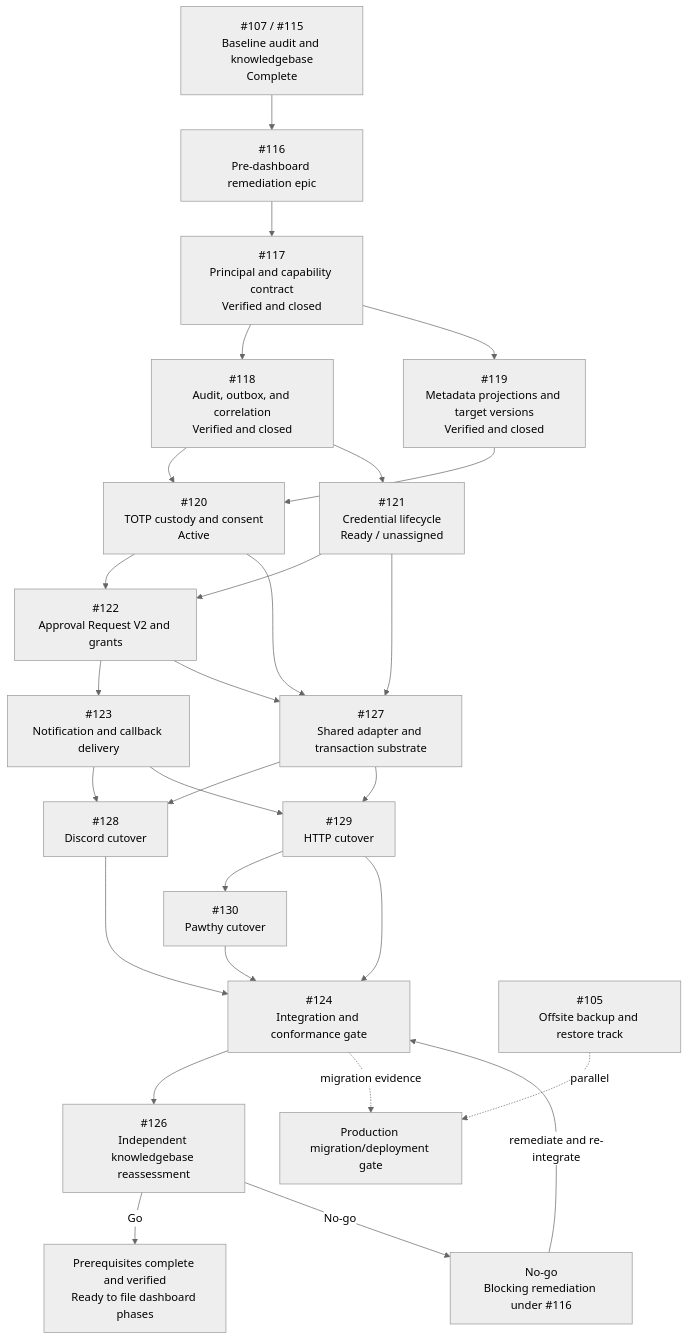
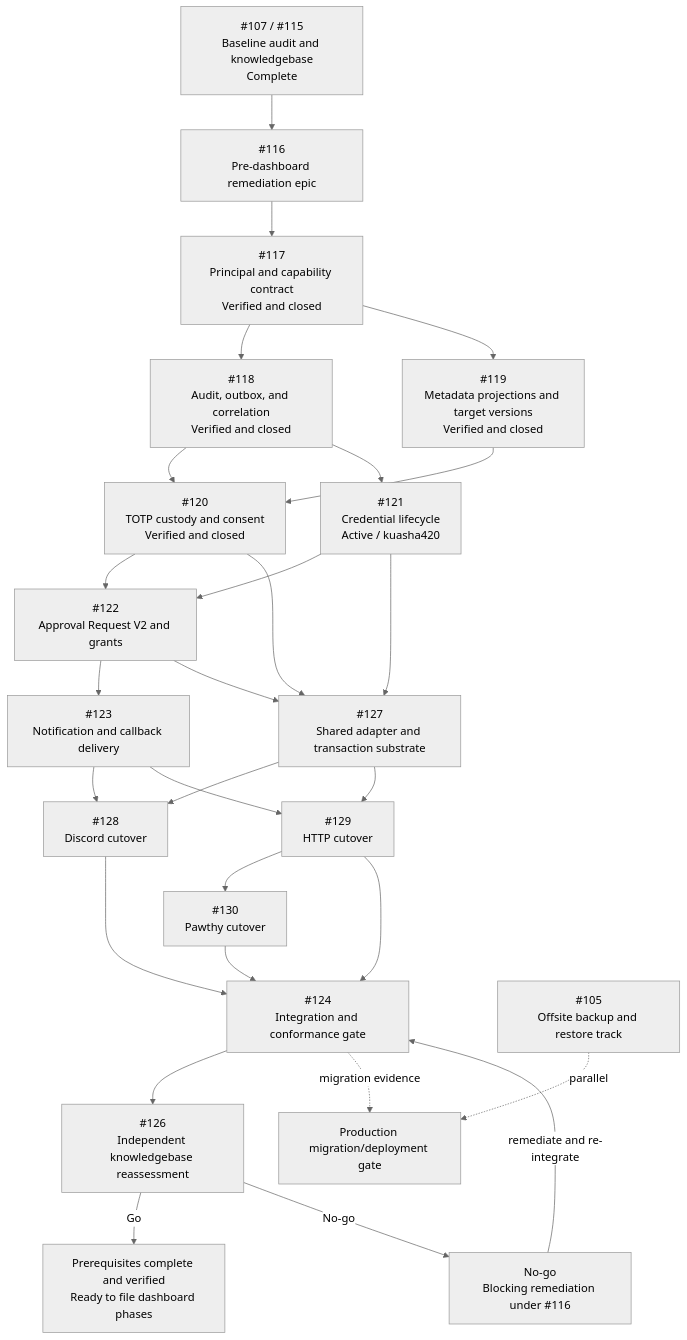
The diagram in docs/epics/rbac-prerequisite-execution-graph.md (kuasha420/purrmission), drawn with Mermaid (neutral theme) before and after one commit. The commit also changed other lines of this file and 33 other files, not shown here.

Commit message:
feat(auth): complete credential lifecycle

````diff
--- a/docs/epics/rbac-prerequisite-execution-graph.md
+++ b/docs/epics/rbac-prerequisite-execution-graph.md
@@ -77,50 +77,50 @@
 ```mermaid
 flowchart TD
   BASE["#107 / #115<br/>Baseline audit and knowledgebase<br/>Complete"]
   EPIC["#116<br/>Pre-dashboard remediation epic"]
   I117["#117<br/>Principal and capability contract<br/>Verified and closed"]
   I118["#118<br/>Audit, outbox, and correlation<br/>Verified and closed"]
   I119["#119<br/>Metadata projections and target versions<br/>Verified and closed"]
-  I120["#120<br/>TOTP custody and consent<br/>Active"]
-  I121["#121<br/>Credential lifecycle<br/>Ready / unassigned"]
+  I120["#120<br/>TOTP custody and consent<br/>Verified and closed"]
+  I121["#121<br/>Credential lifecycle<br/>Active / kuasha420"]
   I122["#122<br/>Approval Request V2 and grants"]
   I123["#123<br/>Notification and callback delivery"]
   I127["#127<br/>Shared adapter and transaction substrate"]
   I128["#128<br/>Discord cutover"]
   I129["#129<br/>HTTP cutover"]
   I130["#130<br/>Pawthy cutover"]
   I124["#124<br/>Integration and conformance gate"]
   I126["#126<br/>Independent knowledgebase reassessment"]
   READY["Prerequisites complete and verified<br/>Ready to file dashboard phases"]
   NOGO["No-go<br/>Blocking remediation under #116"]
   I105["#105<br/>Offsite backup and restore track"]
   PROD["Production migration/deployment gate"]
 
   BASE --> EPIC
   EPIC --> I117
   I117 --> I118
   I117 --> I119
   I118 --> I120
   I119 --> I120
   I118 --> I121
   I120 --> I122
   I121 --> I122
   I122 --> I123
   I120 --> I127
   I121 --> I127
   I122 --> I127
   I123 --> I128
   I127 --> I128
   I123 --> I129
   I127 --> I129
   I129 --> I130
   I128 --> I124
   I129 --> I124
   I130 --> I124
   I124 --> I126
   I126 -->|Go| READY
   I126 -->|No-go| NOGO
   NOGO -->|remediate and re-integrate| I124
   I105 -. parallel .-> PROD
   I124 -. migration evidence .-> PROD
 ```
````
